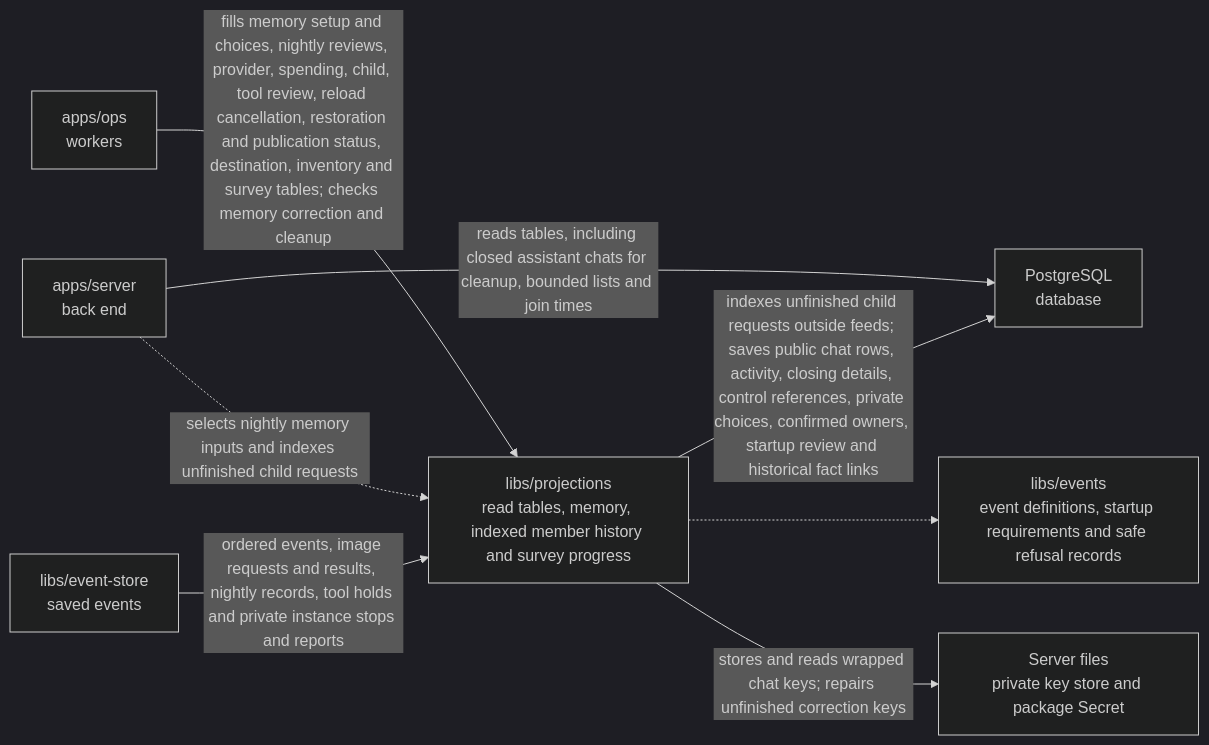
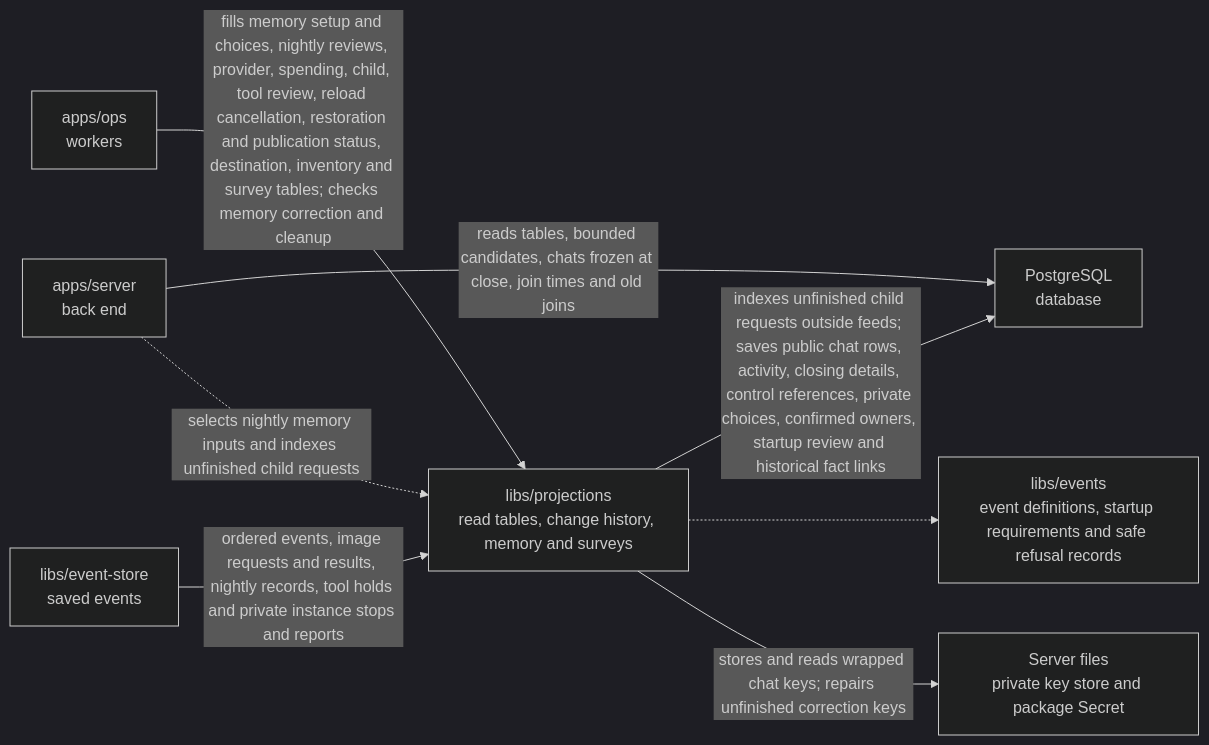
The diagram in libs/projections/README.md (elewa-git/opencrane-new), drawn with Mermaid (dark theme) before and after one commit. The commit also changed other lines of this file and 18 other files, not shown here.

Commit message:
🧾 Keep change history safe and bounded

````diff
--- a/libs/projections/README.md
+++ b/libs/projections/README.md
@@ -23,10 +23,10 @@
 ```mermaid
 flowchart LR
-  ops["apps/ops<br/>workers"] -->|fills memory setup and choices, nightly reviews, provider, spending, child, tool review, reload cancellation, restoration and publication status, destination, inventory and survey tables; checks memory correction and cleanup| projections["libs/projections<br/>read tables, memory, indexed member history and survey progress"]
-  server["apps/server<br/>back end"] -->|reads tables, including closed assistant chats for cleanup, bounded lists and join times| pg["PostgreSQL<br/>database"]
+  ops["apps/ops<br/>workers"] -->|fills memory setup and choices, nightly reviews, provider, spending, child, tool review, reload cancellation, restoration and publication status, destination, inventory and survey tables; checks memory correction and cleanup| projections["libs/projections<br/>read tables, change history, memory and surveys"]
+  server["apps/server<br/>back end"] -->|reads tables, bounded candidates, chats frozen at close, join times and old joins| pg["PostgreSQL<br/>database"]
   projections -->|indexes unfinished child requests outside feeds; saves public chat rows, activity, closing details, control references, private choices, confirmed owners, startup review and historical fact links| pg
   store["libs/event-store<br/>saved events"] -->|ordered events, image requests and results, nightly records, tool holds and private instance stops and reports| projections
   server -.->|selects nightly memory inputs and indexes unfinished child requests| projections
   projections -.-> events["libs/events<br/>event definitions, startup requirements and safe refusal records"]
   projections -->|stores and reads wrapped chat keys; repairs unfinished correction keys| keys["Server files<br/>private key store and package Secret"]
 ```
````
